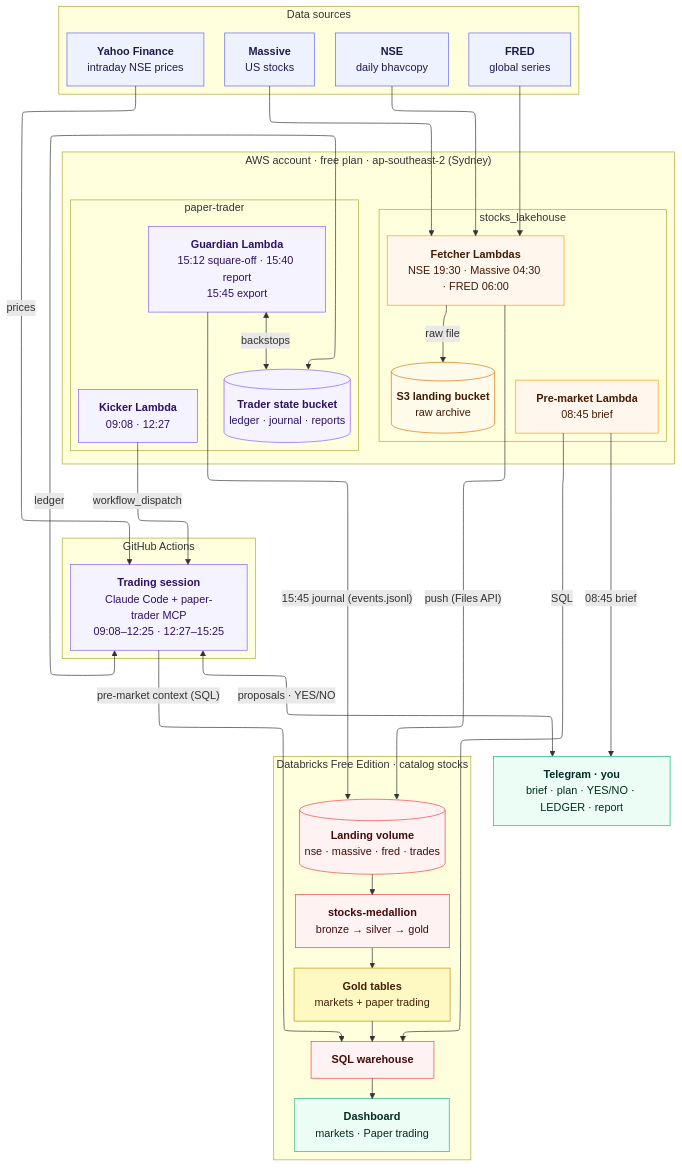
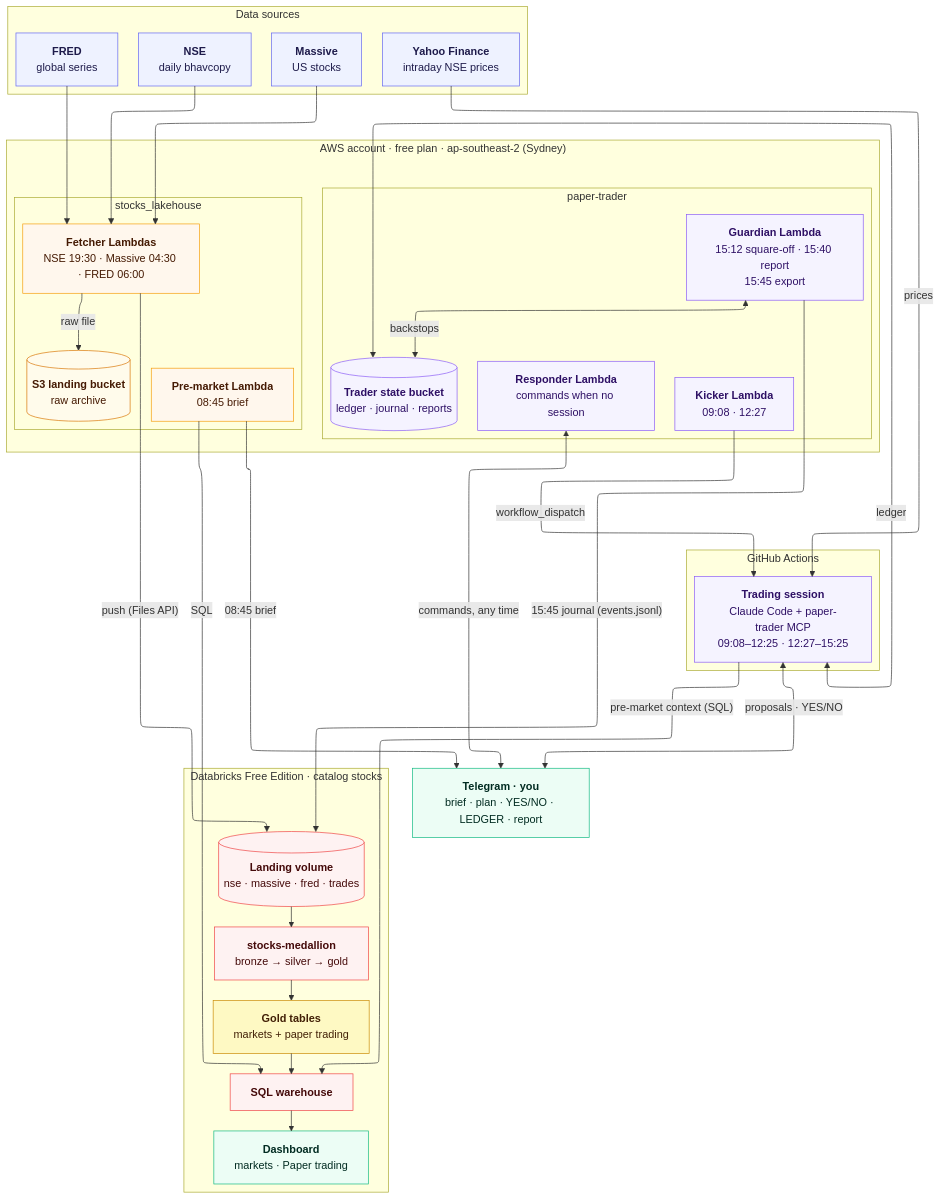
Before and after one commit to bumblebee26/stocks_lakehouse: the diagram in docs/diagrams/05_platform.mmd, drawn with Mermaid. The commit also changed 3 other files, not shown here.

First line of the commit message:
Platform docs: add the trader's responder Lambda

```diff
--- a/docs/diagrams/05_platform.mmd
+++ b/docs/diagrams/05_platform.mmd
@@ -1,79 +1,81 @@
 ---
 config:
   layout: elk
   elk:
     mergeEdges: false
     nodePlacementStrategy: NETWORK_SIMPLEX
 ---
 %% Shared platform view: stocks_lakehouse + paper-trader.
 %% The same file lives in bumblebee26/paper-trader as docs/diagrams/01_platform.mmd; keep them identical.
 %% Secrets (SSM) and deployments (CI/CD) are left out on purpose: see 04_cicd and the security tables.
 flowchart TB
     subgraph SRC["Data sources"]
         direction LR
         NSE["<b>NSE</b><br/>daily bhavcopy"]
         MAS["<b>Massive</b><br/>US stocks"]
         FRED["<b>FRED</b><br/>global series"]
         YF["<b>Yahoo Finance</b><br/>intraday NSE prices"]
     end
 
     subgraph AWS["AWS account · free plan · ap-southeast-2 (Sydney)"]
         direction LR
         subgraph LHA["stocks_lakehouse"]
             direction TB
             FET["<b>Fetcher Lambdas</b><br/>NSE 19:30 · Massive 04:30 · FRED 06:00"]
             S3L[("<b>S3 landing bucket</b><br/>raw archive")]
             PM["<b>Pre-market Lambda</b><br/>08:45 brief"]
         end
         subgraph PTA["paper-trader"]
             direction TB
             KICK["<b>Kicker Lambda</b><br/>09:08 · 12:27"]
             GUARD["<b>Guardian Lambda</b><br/>15:12 square-off · 15:40 report<br/>15:45 export"]
             S3T[("<b>Trader state bucket</b><br/>ledger · journal · reports")]
+            RESP["<b>Responder Lambda</b><br/>commands when no session"]
         end
     end
 
     subgraph GHA["GitHub Actions"]
         direction TB
         SESS["<b>Trading session</b><br/>Claude Code + paper-trader MCP<br/>09:08–12:25 · 12:27–15:25"]
     end
 
     subgraph DBX["Databricks Free Edition · catalog stocks"]
         direction TB
         VOL[("<b>Landing volume</b><br/>nse · massive · fred · trades")]
         PIPE["<b>stocks-medallion</b><br/>bronze → silver → gold"]
         GOLD["<b>Gold tables</b><br/>markets + paper trading"]
         WH["<b>SQL warehouse</b>"]
         DASH["<b>Dashboard</b><br/>markets · Paper trading"]
         VOL --> PIPE --> GOLD --> WH --> DASH
     end
 
     TG["<b>Telegram · you</b><br/>brief · plan · YES/NO · LEDGER · report"]
 
     NSE & MAS & FRED --> FET
     FET -- "raw file" --> S3L
     FET -- "push (Files API)" --> VOL
     PM -- "SQL" --> WH
     PM -- "08:45 brief" --> TG
     KICK -- "workflow_dispatch" --> SESS
     SESS -- "pre-market context (SQL)" --> WH
     YF -- "prices" --> SESS
     SESS <-- "ledger" --> S3T
     SESS <-- "proposals · YES/NO" --> TG
     GUARD <-- "backstops" --> S3T
     GUARD -- "15:45 journal (events.jsonl)" --> VOL
+    RESP <-- "commands, any time" --> TG
 
     classDef ext fill:#eef2ff,stroke:#6366f1,color:#1e1b4b
     classDef aws fill:#fff7ed,stroke:#f59e0b,color:#451a03
     classDef store fill:#fffbeb,stroke:#d97706,color:#451a03
     classDef trader fill:#f5f3ff,stroke:#8b5cf6,color:#2e1065
     classDef dbx fill:#fef2f2,stroke:#ef4444,color:#450a0a
     classDef gold fill:#fef9c3,stroke:#ca8a04,color:#422006
     classDef out fill:#ecfdf5,stroke:#10b981,color:#022c22
     class NSE,MAS,FRED,YF ext
     class FET,PM aws
     class S3L store
-    class KICK,GUARD,S3T,SESS trader
+    class KICK,GUARD,S3T,SESS,RESP trader
     class VOL,PIPE,WH dbx
     class GOLD gold
     class DASH,TG out
```
